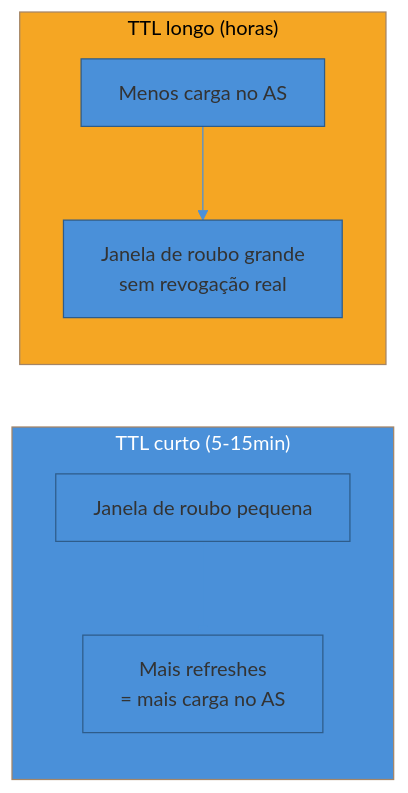
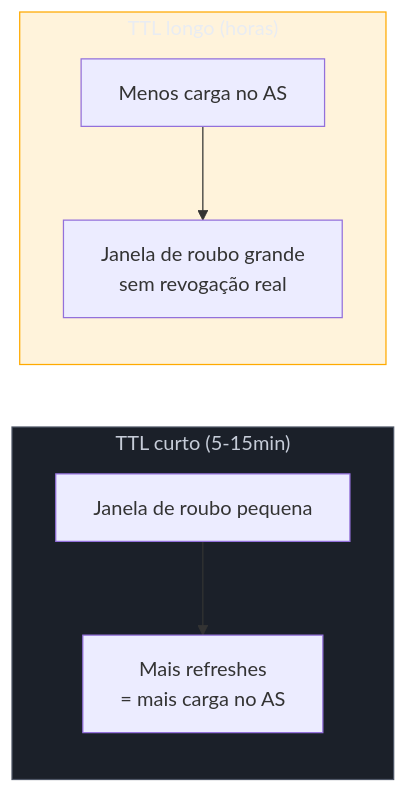
The first of 4 diagrams in 03-Dominios/Engenharia/Auth e Identidade/2 - OAuth 2.1 e OpenID Connect/05 - Tokens em produção.md (josenaldo/codex-technomanticus), drawn with Mermaid before and after one commit. The commit also changed other lines of this file and 1181 other files, not shown here.

First line of the commit message:
fix(diagramas): paleta do sistema no lugar de cor cravada no markdown

````diff
--- a/03-Dominios/Engenharia/Auth e Identidade/2 - OAuth 2.1 e OpenID Connect/05 - Tokens em produção.md
+++ b/03-Dominios/Engenharia/Auth e Identidade/2 - OAuth 2.1 e OpenID Connect/05 - Tokens em produção.md
@@ -47,13 +47,14 @@
 ```mermaid
-%%{init: {"theme": "base", "themeVariables": {"primaryColor": "#4A90D9", "primaryBorderColor": "#2E5C8A", "lineColor": "#4A90D9"}}}%%
 graph LR
+    classDef neutro fill:#1B2029,stroke:#4E5666,color:#C6CCD8
+    classDef destaque fill:#FFAA0024,stroke:#FFAA00,color:#E9ECF2
     subgraph Curto["TTL curto (5-15min)"]
         C1["Janela de roubo pequena"] --> C2["Mais refreshes<br/>= mais carga no AS"]
     end
     subgraph Longo["TTL longo (horas)"]
         L1["Menos carga no AS"] --> L2["Janela de roubo grande<br/>sem revogação real"]
     end
 
-    style Curto fill:#4A90D9,color:#fff
-    style Longo fill:#F5A623,color:#000
+    class Curto neutro
+    class Longo destaque
 ```
````
